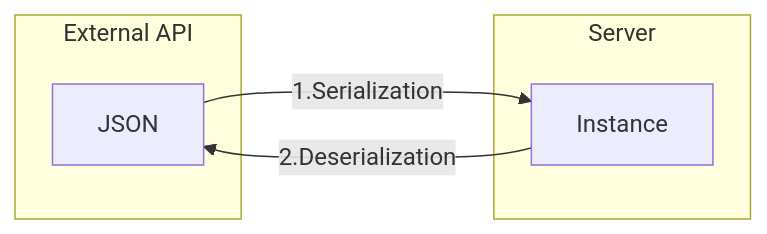
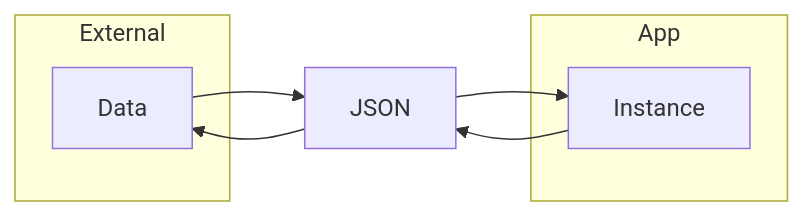
Before and after one commit to choiexe1/local: the diagram in Daily/2025-03-25.md, drawn with Mermaid. The commit also changed other lines of this file and 3 other files, not shown here.

````diff
--- a/Daily/2025-03-25.md
+++ b/Daily/2025-03-25.md
@@ -71,15 +71,17 @@
 ```mermaid
 graph LR
 
-subgraph "External API"
-JSON
+subgraph "External"
+	Data
 end
 
-subgraph Server
+subgraph App
 	Instance
 end
 
-JSON -->|1.Serialization| Instance
+JSON
 
-Instance -->|2.Deserialization| JSON
+Data --> JSON -->  Instance
+
+Instance --> JSON --> Data 
 ```
````
